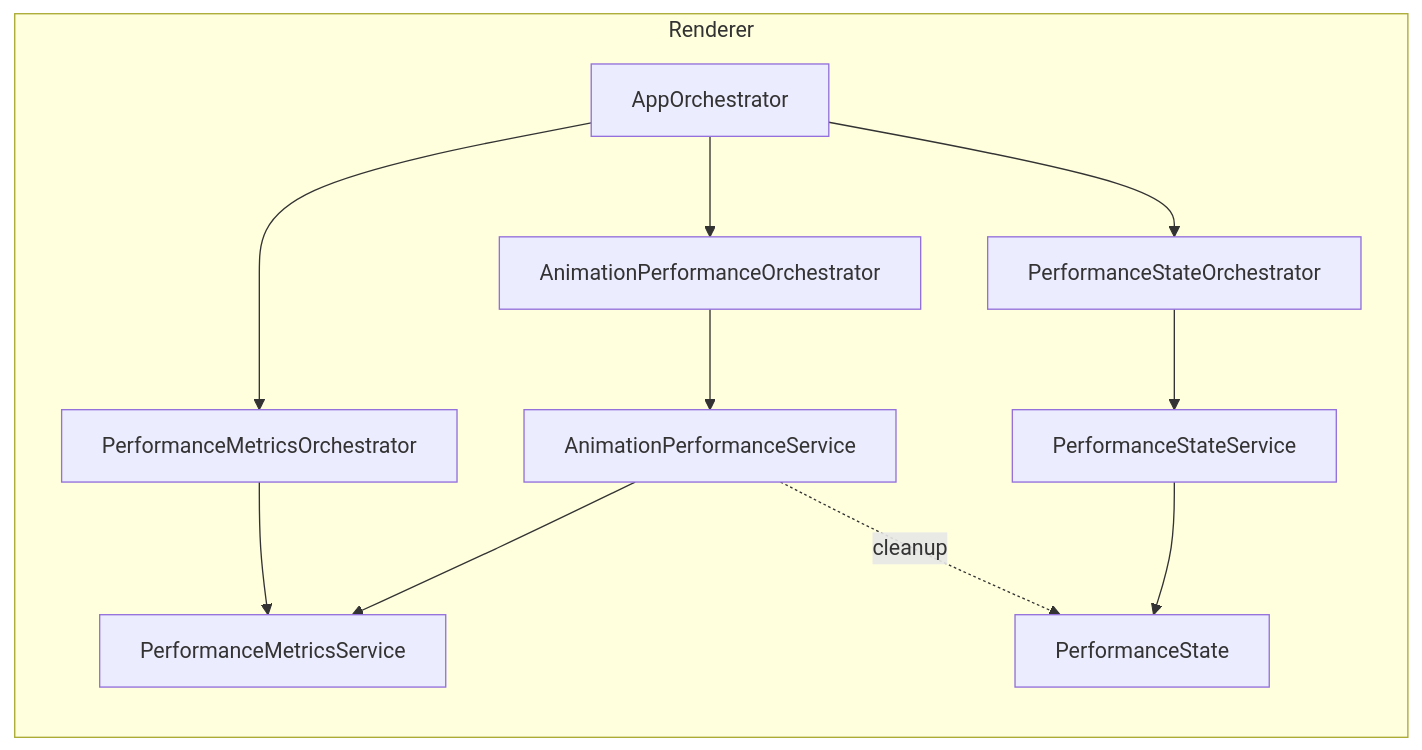
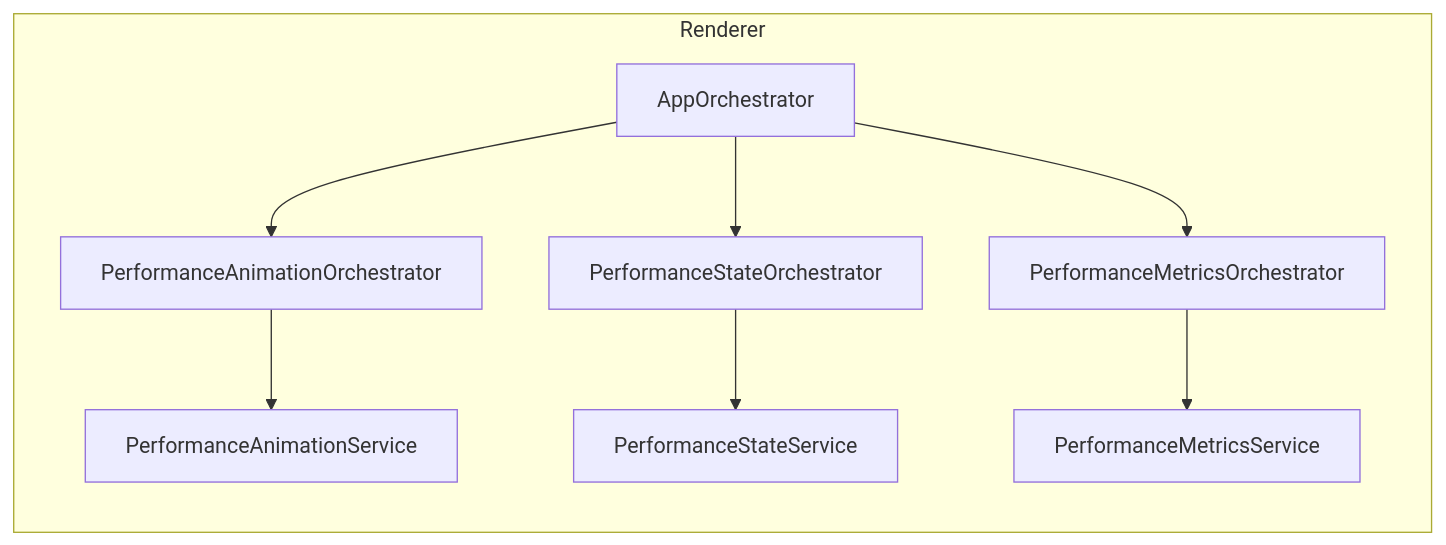
The fifth of 8 diagrams in docs/architecture-diagrams.md (josstei/prismgb-app), drawn with Mermaid before and after one commit. The commit also changed other lines of this file and 50 other files, not shown here.

````diff
--- a/docs/architecture-diagrams.md
+++ b/docs/architecture-diagrams.md
@@ -118,24 +106,19 @@
 ```mermaid
 flowchart LR
   subgraph RENDERER[Renderer]
     AppOrchestrator[AppOrchestrator]
-    AnimationPerformanceOrchestrator[AnimationPerformanceOrchestrator]
+    PerformanceAnimationOrchestrator[PerformanceAnimationOrchestrator]
     PerformanceStateOrchestrator[PerformanceStateOrchestrator]
     PerformanceMetricsOrchestrator[PerformanceMetricsOrchestrator]
-    AnimationPerformanceService[AnimationPerformanceService]
+    PerformanceAnimationService[PerformanceAnimationService]
     PerformanceStateService[PerformanceStateService]
     PerformanceMetricsService[PerformanceMetricsService]
-    PerformanceState[PerformanceState]
   end
 
-  AppOrchestrator --> AnimationPerformanceOrchestrator
+  AppOrchestrator --> PerformanceAnimationOrchestrator
   AppOrchestrator --> PerformanceStateOrchestrator
   AppOrchestrator --> PerformanceMetricsOrchestrator
-  AnimationPerformanceOrchestrator --> AnimationPerformanceService
-  AnimationPerformanceService --> PerformanceMetricsService
+  PerformanceAnimationOrchestrator --> PerformanceAnimationService
   PerformanceStateOrchestrator --> PerformanceStateService
-  PerformanceStateService --> PerformanceState
   PerformanceMetricsOrchestrator --> PerformanceMetricsService
-
-  AnimationPerformanceService -. cleanup .-> PerformanceState
 ```
````
